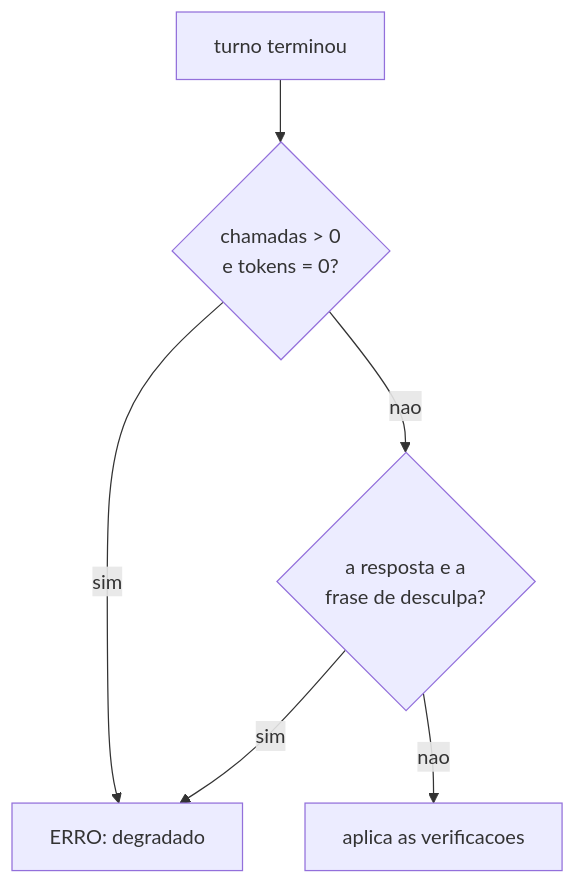
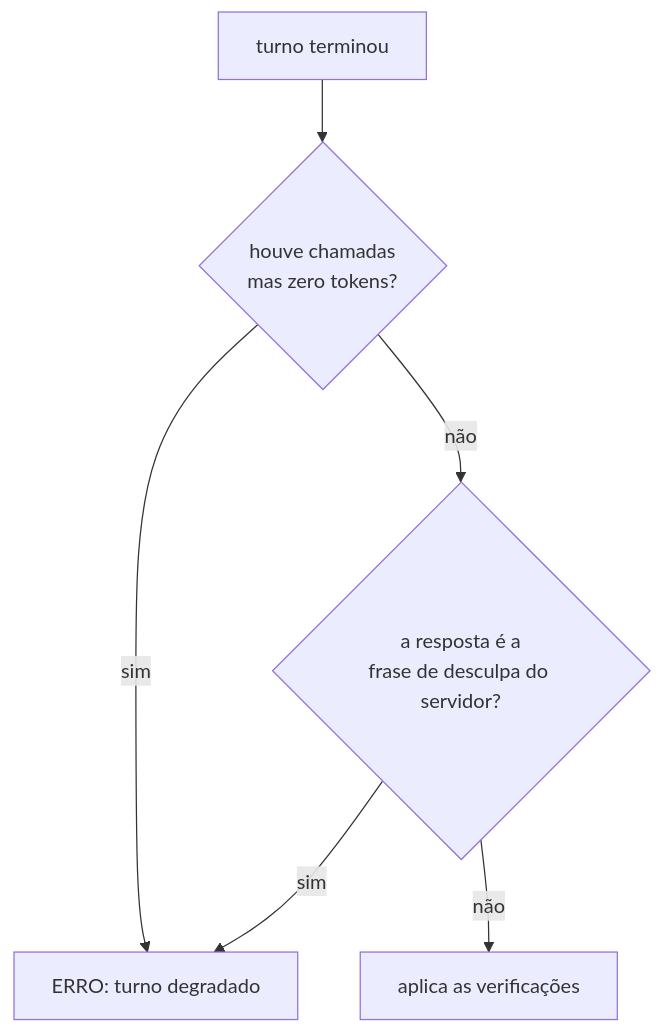
Before and after one commit to andrenv14/sofia-eval: the second of 2 diagrams in README.md, drawn with Mermaid. The commit also changed other lines of this file, not shown here.

````diff
--- a/README.md
+++ b/README.md
@@ -156,8 +156,8 @@
 ```mermaid
 flowchart TD
-  A[turno terminou] --> B{"chamadas > 0<br/>e tokens = 0?"}
-  B -->|sim| E[ERRO: degradado]
-  B -->|nao| C{"a resposta e a<br/>frase de desculpa?"}
-  C -->|sim| E
-  C -->|nao| V[aplica as verificacoes]
+  A["turno terminou"] --> B{"houve chamadas<br/>mas zero tokens?"}
+  B -->|"sim"| E["ERRO: turno degradado"]
+  B -->|"não"| C{"a resposta é a<br/>frase de desculpa do servidor?"}
+  C -->|"sim"| E
+  C -->|"não"| V["aplica as verificações"]
 ```
````
